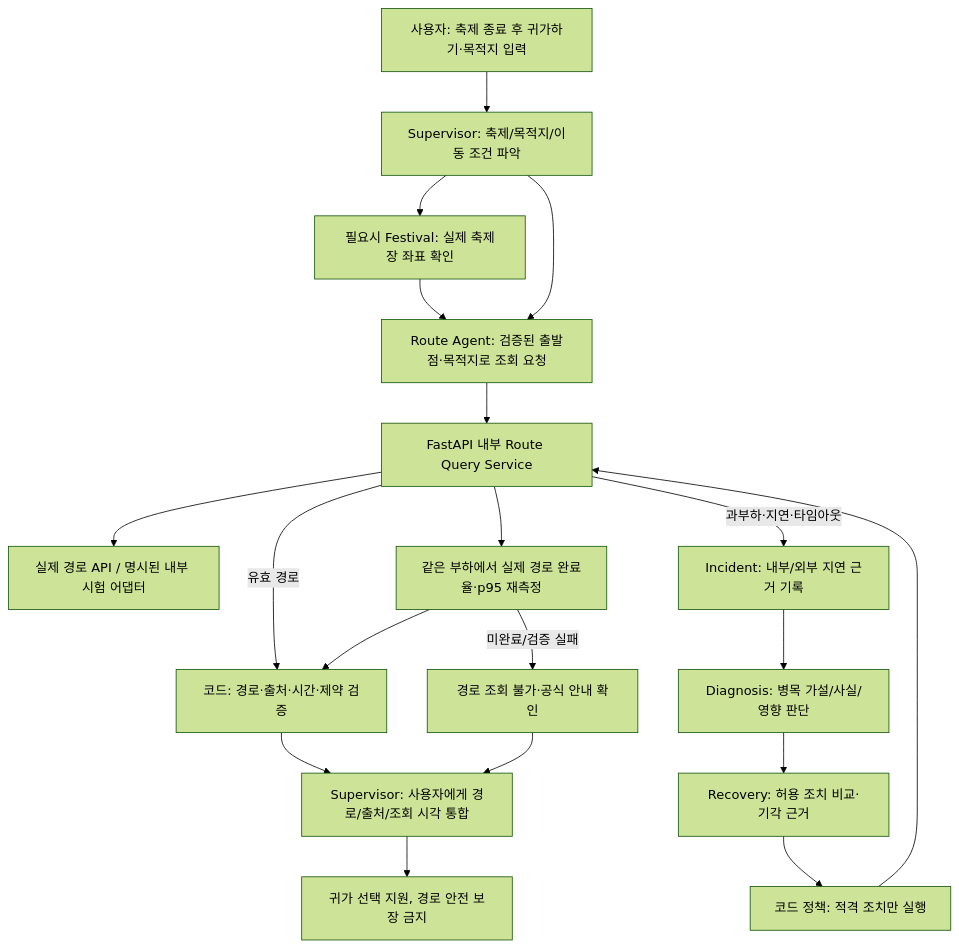
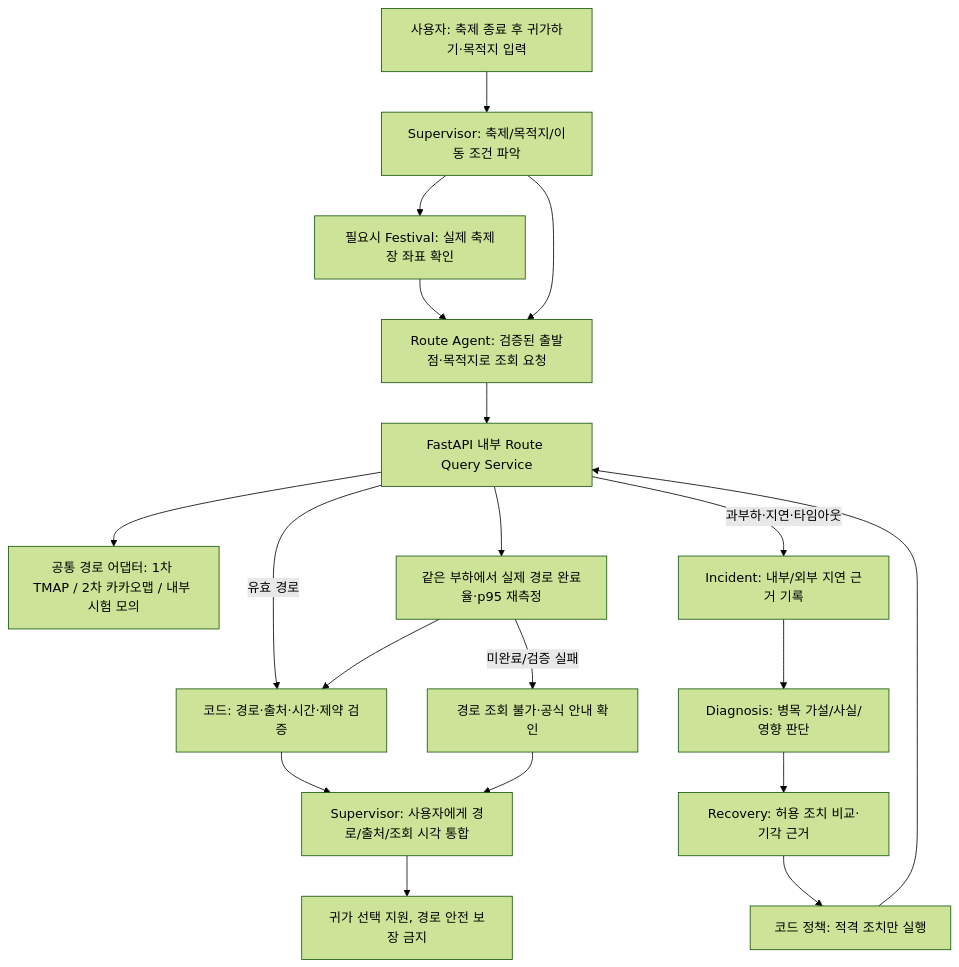
One commit to yubeenjjang/Final3team changed the third of 3 diagrams in Docs/Step 1/놀다가_기획서.md. Above: the diagram before and after it, drawn with Mermaid (forest theme). The commit also changed other lines of this file and 1 other file, not shown here.

````diff
--- a/Docs/Step 1/놀다가_기획서.md
+++ b/Docs/Step 1/놀다가_기획서.md
@@ -1054,21 +1240,21 @@
 ```mermaid
 flowchart TD
   U[사용자: 축제 종료 후 귀가하기·목적지 입력] --> S[Supervisor: 축제/목적지/이동 조건 파악]
   S --> F[필요시 Festival: 실제 축제장 좌표 확인]
   F --> R[Route Agent: 검증된 출발점·목적지로 조회 요청]
   S --> R
   R --> Q[FastAPI 내부 Route Query Service]
-  Q --> P[실제 경로 API / 명시된 내부 시험 어댑터]
+  Q --> P[공통 경로 어댑터: 1차 TMAP / 2차 카카오맵 / 내부 시험 모의]
   Q -->|유효 경로| V[코드: 경로·출처·시간·제약 검증]
   Q -->|과부하·지연·타임아웃| I[Incident: 내부/외부 지연 근거 기록]
   I --> D[Diagnosis: 병목 가설/사실/영향 판단]
   D --> RC[Recovery: 허용 조치 비교·기각 근거]
   RC --> C[코드 정책: 적격 조치만 실행]
   C --> Q
   Q --> RE[같은 부하에서 실제 경로 완료율·p95 재측정]
   RE --> V
   V --> S2[Supervisor: 사용자에게 경로/출처/조회 시각 통합]
   RE -->|미완료/검증 실패| X[경로 조회 불가·공식 안내 확인]
   X --> S2
   S2 --> OUT[귀가 선택 지원, 경로 안전 보장 금지]
 ```
````
